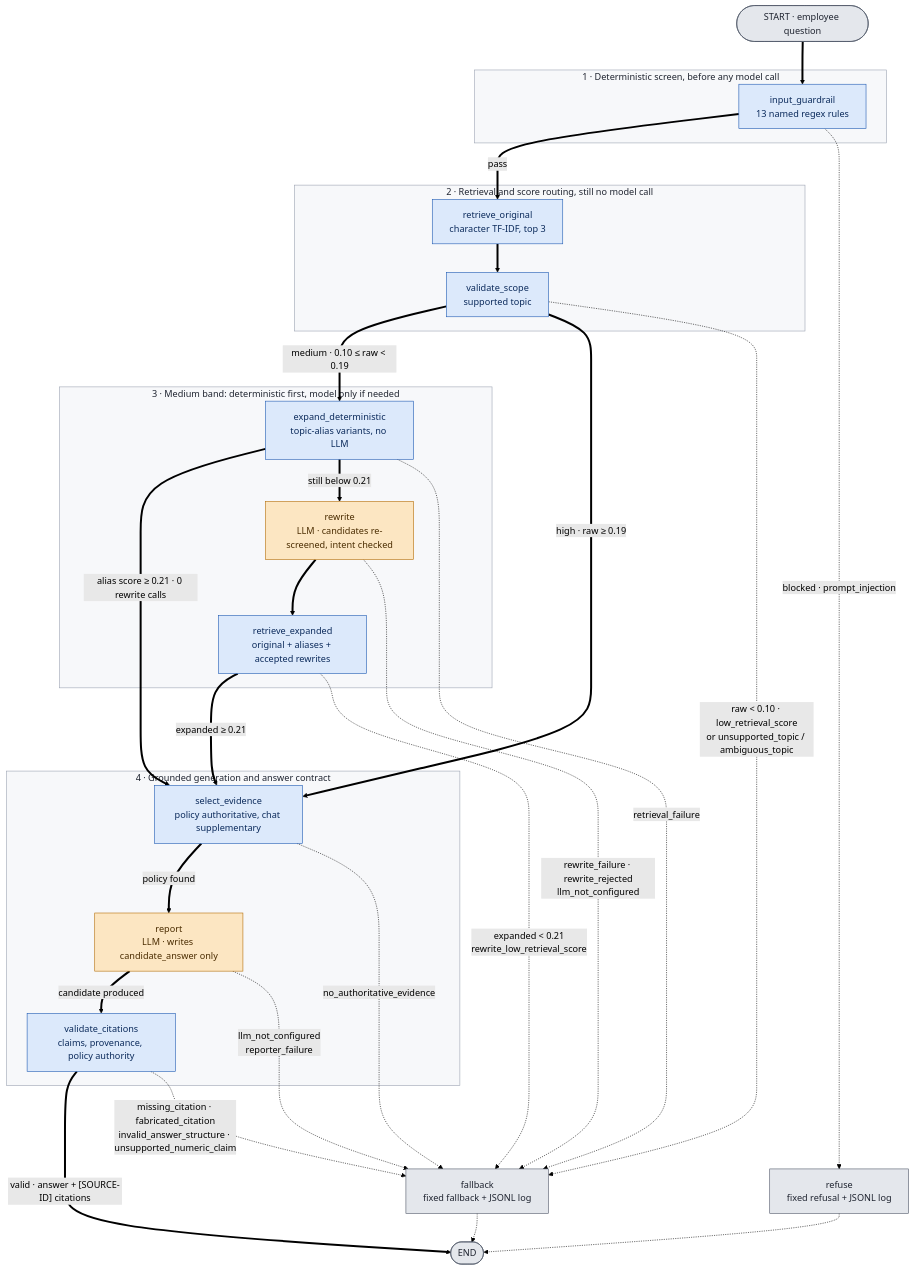
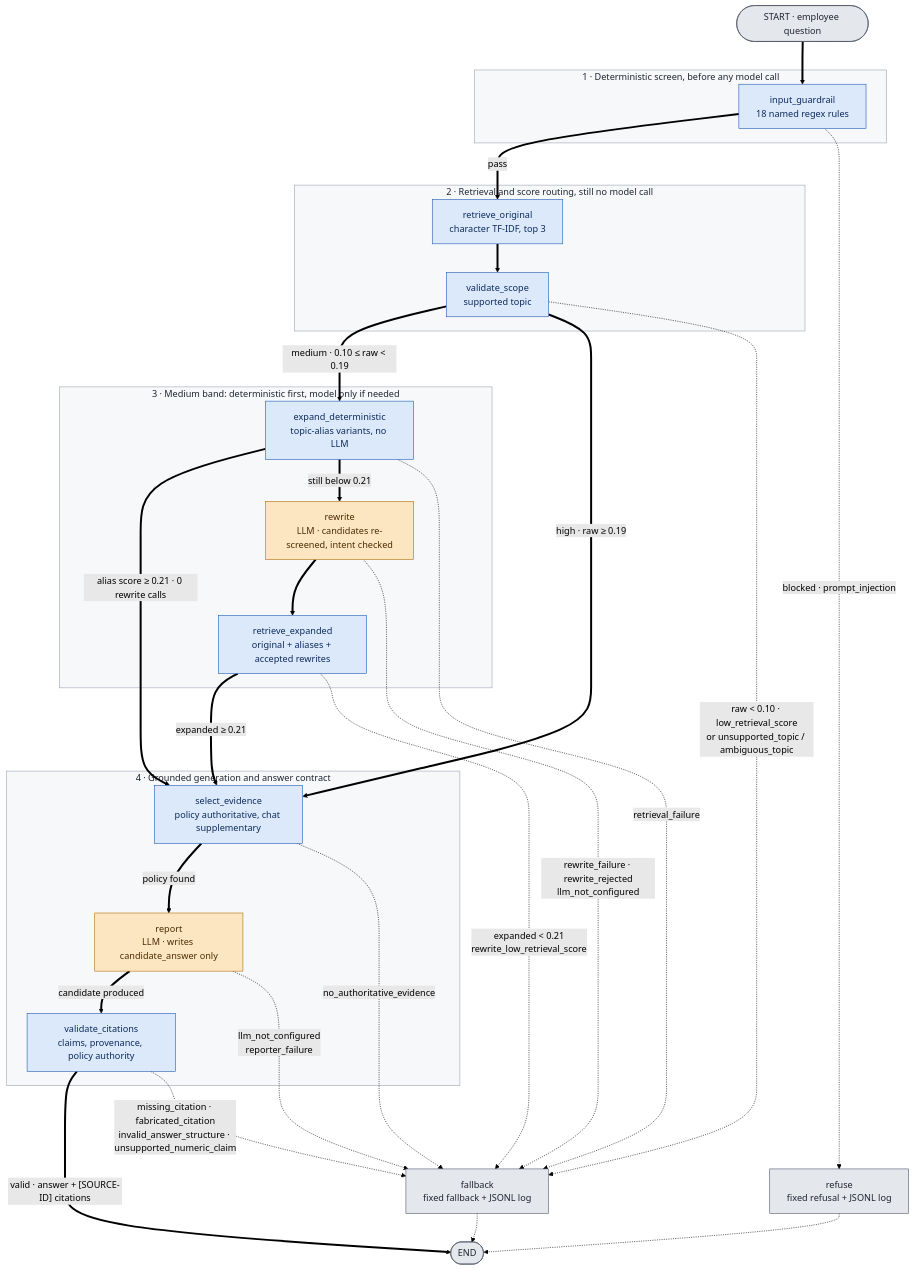
Before and after one commit to Sayomphon/Enterprise_Knowledge_Support_Agent: the diagram in README.md, drawn with Mermaid (forest theme). The commit also changed other lines of this file and 15 other files, not shown here.

````diff
--- a/README.md
+++ b/README.md
@@ -154,58 +177,58 @@
 ```mermaid
 flowchart TD
     Q(["START &middot; employee question"]):::term
 
     subgraph G1["1 &middot; Deterministic screen, before any model call"]
-        IG["input_guardrail<br/>13 named regex rules"]:::det
+        IG["input_guardrail<br/>18 named regex rules"]:::det
     end
 
     subgraph G2["2 &middot; Retrieval and score routing, still no model call"]
         RO["retrieve_original<br/>character TF-IDF, top 3"]:::det
         VS["validate_scope<br/>supported topic"]:::det
     end
 
     subgraph G3["3 &middot; Medium band: deterministic first, model only if needed"]
         EX["expand_deterministic<br/>topic-alias variants, no LLM"]:::det
         RW["rewrite<br/>LLM &middot; candidates re-screened, intent checked"]:::llm
         RE["retrieve_expanded<br/>original + aliases + accepted rewrites"]:::det
     end
 
     subgraph G4["4 &middot; Grounded generation and answer contract"]
         SE["select_evidence<br/>policy authoritative, chat supplementary"]:::det
         RP["report<br/>LLM &middot; writes candidate_answer only"]:::llm
         VC["validate_citations<br/>claims, provenance, policy authority"]:::det
     end
 
     REF["refuse<br/>fixed refusal + JSONL log"]:::term
     FB["fallback<br/>fixed fallback + JSONL log"]:::term
     EN(["END"]):::term
 
     Q ==> IG
     IG ==>|pass| RO
     IG -. "blocked &middot; prompt_injection" .-> REF
     RO ==> VS
     VS ==>|"medium &middot; 0.10 &le; raw &lt; 0.19"| EX
     VS ==>|"high &middot; raw &ge; 0.19"| SE
     VS -. "raw &lt; 0.10 &middot; low_retrieval_score<br/>or unsupported_topic / ambiguous_topic" .-> FB
     EX ==>|"alias score &ge; 0.21 &middot; 0 rewrite calls"| SE
     EX ==>|"still below 0.21"| RW
     EX -. "retrieval_failure" .-> FB
     RW ==> RE
     RE ==>|"expanded &ge; 0.21"| SE
     RE -. "expanded &lt; 0.21<br/>rewrite_low_retrieval_score" .-> FB
     RW -. "rewrite_failure &middot; rewrite_rejected<br/>llm_not_configured" .-> FB
     SE ==>|"policy found"| RP
     SE -. "no_authoritative_evidence" .-> FB
     RP ==>|"candidate produced"| VC
     RP -. "llm_not_configured<br/>reporter_failure" .-> FB
     VC ==>|"valid &middot; answer + [SOURCE-ID] citations"| EN
     VC -. "missing_citation &middot; fabricated_citation<br/>invalid_answer_structure &middot; unsupported_numeric_claim" .-> FB
     REF -.-> EN
     FB -.-> EN
 
     classDef det fill:#DCE9FB,stroke:#1A56B0,color:#0B2A5B
     classDef llm fill:#FCE6C2,stroke:#B26A00,color:#4A2C00
     classDef term fill:#E4E7EC,stroke:#4B5364,color:#1F2430
     classDef band fill:#F7F8FA,stroke:#9AA1B0,color:#1F2430
     class G1,G2,G3,G4 band
 ```
````
